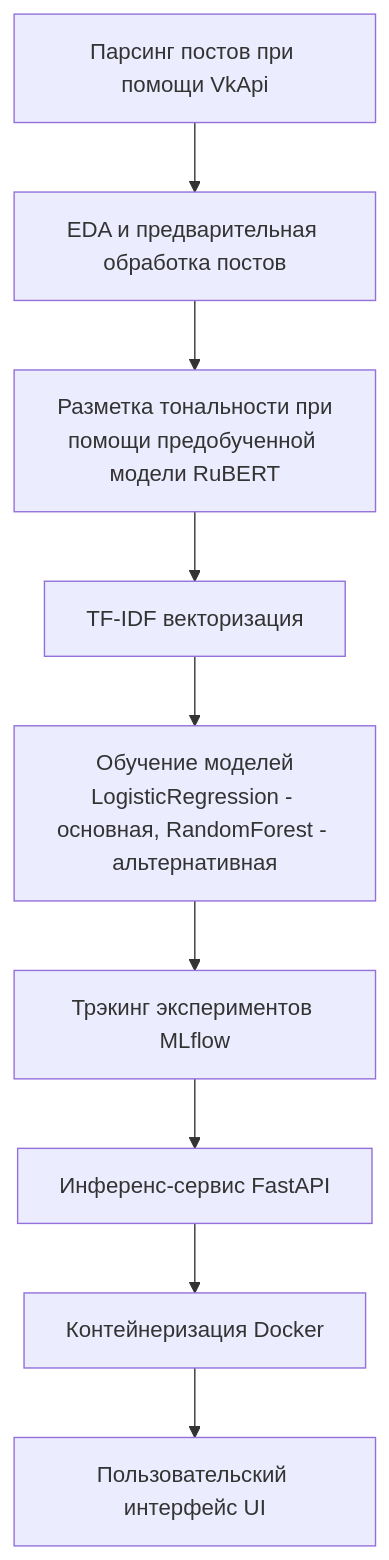
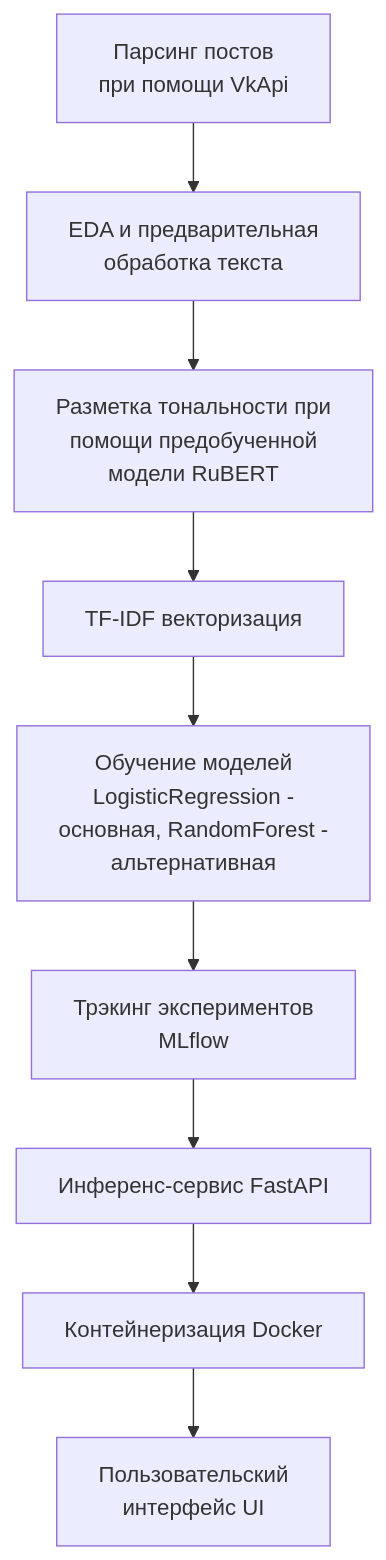
Before and after one commit to Shvidero/MLops_course_work_5_semester: the diagram in README.md, drawn with Mermaid. The commit also changed other lines of this file, not shown here.

````diff
--- a/README.md
+++ b/README.md
@@ -39,11 +39,11 @@
 ```mermaid
 graph TD;
-    A[Парсинг постов при помощи VkApi] --> B[EDA и предварительная обработка постов];
-    B --> C[Разметка тональности при<br/>помощи предобученной модели RuBERT];
+    A[Парсинг постов<br>при помощи VkApi] --> B[EDA и предварительная<br>обработка текста];
+    B --> C[Разметка тональности при<br>помощи предобученной<br>модели RuBERT];
     C --> D[TF-IDF векторизация];
-    D --> E[Обучение моделей<br/>LogisticRegression - основная, RandomForest - альтернативная];
-    E --> F[Трэкинг экспериментов MLflow];
+    D --> E[Обучение моделей<br>LogisticRegression -<br> основная, RandomForest - <br>альтернативная];
+    E --> F[Трэкинг экспериментов<br>MLflow];
     F --> G[Инференс-сервис FastAPI];
     G --> H[Контейнеризация Docker];
-    H --> I[Пользовательский интерфейс UI];
+    H --> I[Пользовательский<br>интерфейс UI];
 ```
````
